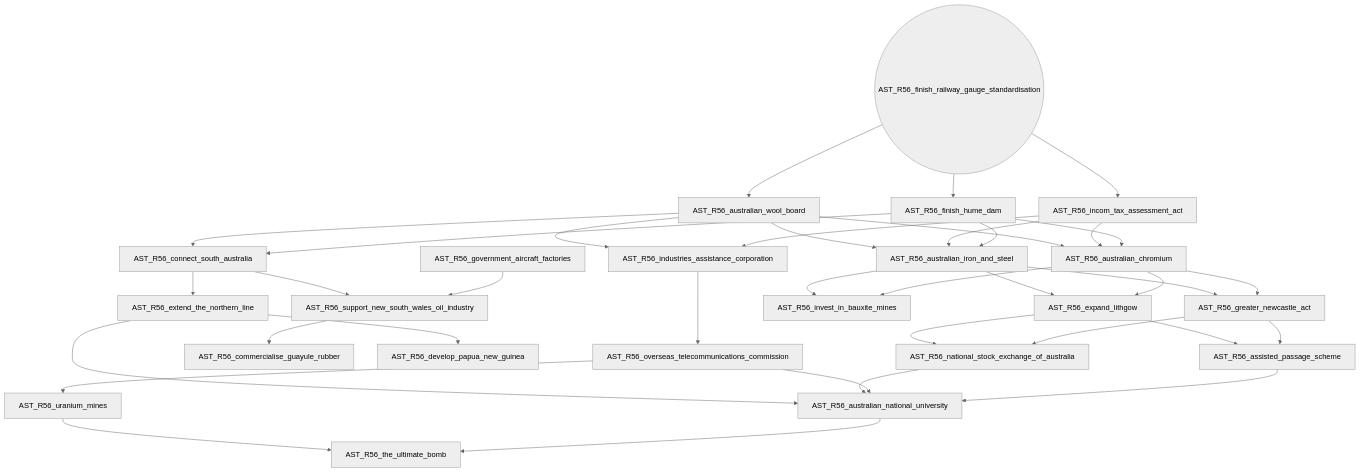
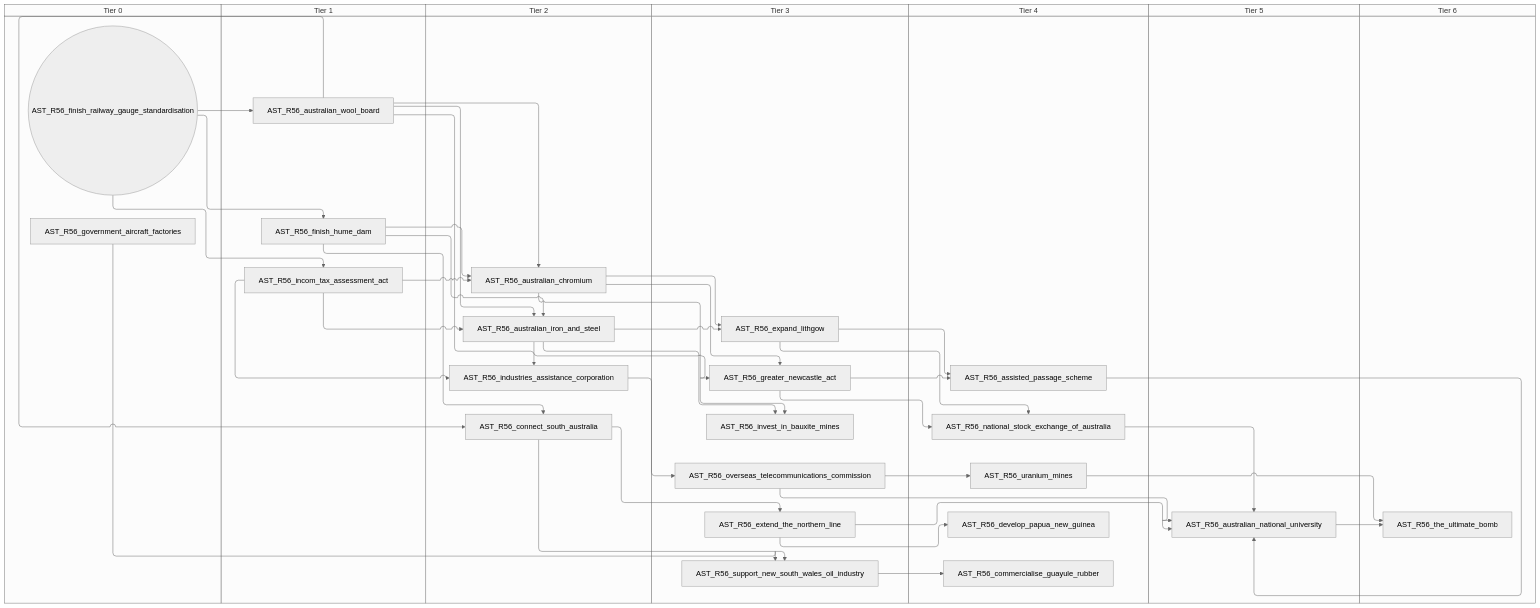
Before and after one commit to evgeny-sobol/hoi4-sandbox-mode-r56: the sixth of 12 diagrams in docs/gdd/National Focuses/australia.md, drawn with Mermaid (neutral theme). The commit also changed other lines of this file and 423 other files, not shown here.

First line of the commit message:
Re-export Rt56 focus trees as swimlane diagrams

````diff
--- a/docs/gdd/National Focuses/australia.md
+++ b/docs/gdd/National Focuses/australia.md
@@ -320,61 +386,75 @@
 ```mermaid
-flowchart TD
-    n109["AST_R56_assisted_passage_scheme"]
-    n110["AST_R56_australian_chromium"]
-    n111["AST_R56_australian_iron_and_steel"]
-    n112["AST_R56_australian_national_university"]
-    n113["AST_R56_australian_wool_board"]
-    n84["AST_R56_commercialise_guayule_rubber"]
-    n86["AST_R56_connect_south_australia"]
-    n114["AST_R56_develop_papua_new_guinea"]
-    n115["AST_R56_expand_lithgow"]
-    n116["AST_R56_extend_the_northern_line"]
-    n117["AST_R56_finish_hume_dam"]
-    n118(("AST_R56_finish_railway_gauge_standardisation"))
-    n87["AST_R56_government_aircraft_factories"]
-    n119["AST_R56_greater_newcastle_act"]
-    n120["AST_R56_incom_tax_assessment_act"]
-    n121["AST_R56_industries_assistance_corporation"]
-    n122["AST_R56_invest_in_bauxite_mines"]
-    n123["AST_R56_national_stock_exchange_of_australia"]
-    n124["AST_R56_overseas_telecommunications_commission"]
-    n93["AST_R56_support_new_south_wales_oil_industry"]
-    n125["AST_R56_the_ultimate_bomb"]
-    n126["AST_R56_uranium_mines"]
-    n115 --> n109
-    n119 --> n109
-    n113 --> n110
-    n120 --> n110
-    n117 --> n110
-    n113 --> n111
-    n120 --> n111
-    n117 --> n111
-    n116 --> n112
-    n123 --> n112
-    n124 --> n112
+swimlane-beta TD
+    subgraph tier_0["Tier 0"]
+        n109(("AST_R56_finish_railway_gauge_standardisation"))
+        n85["AST_R56_government_aircraft_factories"]
+    end
+    subgraph tier_1["Tier 1"]
+        n110["AST_R56_australian_wool_board"]
+        n111["AST_R56_finish_hume_dam"]
+        n112["AST_R56_incom_tax_assessment_act"]
+    end
+    subgraph tier_2["Tier 2"]
+        n113["AST_R56_australian_chromium"]
+        n114["AST_R56_australian_iron_and_steel"]
+        n77["AST_R56_connect_south_australia"]
+        n115["AST_R56_industries_assistance_corporation"]
+    end
+    subgraph tier_3["Tier 3"]
+        n116["AST_R56_expand_lithgow"]
+        n117["AST_R56_extend_the_northern_line"]
+        n118["AST_R56_greater_newcastle_act"]
+        n119["AST_R56_invest_in_bauxite_mines"]
+        n120["AST_R56_overseas_telecommunications_commission"]
+        n91["AST_R56_support_new_south_wales_oil_industry"]
+    end
+    subgraph tier_4["Tier 4"]
+        n121["AST_R56_assisted_passage_scheme"]
+        n95["AST_R56_commercialise_guayule_rubber"]
+        n122["AST_R56_develop_papua_new_guinea"]
+        n123["AST_R56_national_stock_exchange_of_australia"]
+        n124["AST_R56_uranium_mines"]
+    end
+    subgraph tier_5["Tier 5"]
+        n125["AST_R56_australian_national_university"]
+    end
+    subgraph tier_6["Tier 6"]
+        n126["AST_R56_the_ultimate_bomb"]
+    end
+    n116 --> n121
+    n118 --> n121
+    n110 --> n113
+    n112 --> n113
+    n111 --> n113
+    n110 --> n114
+    n112 --> n114
+    n111 --> n114
+    n117 --> n125
+    n123 --> n125
+    n120 --> n125
+    n121 --> n125
+    n109 --> n110
+    n91 --> n95
+    n110 --> n77
+    n111 --> n77
+    n117 --> n122
+    n114 --> n116
+    n113 --> n116
+    n77 --> n117
+    n109 --> n111
+    n114 --> n118
+    n113 --> n118
     n109 --> n112
-    n118 --> n113
-    n93 --> n84
-    n113 --> n86
-    n117 --> n86
-    n116 --> n114
-    n111 --> n115
     n110 --> n115
-    n86 --> n116
-    n118 --> n117
-    n111 --> n119
-    n110 --> n119
-    n118 --> n120
-    n113 --> n121
-    n120 --> n121
-    n111 --> n122
-    n110 --> n122
-    n115 --> n123
-    n119 --> n123
-    n121 --> n124
-    n86 --> n93
-    n87 --> n93
-    n126 --> n125
-    n112 --> n125
+    n112 --> n115
+    n114 --> n119
+    n113 --> n119
+    n116 --> n123
+    n118 --> n123
+    n115 --> n120
+    n77 --> n91
+    n85 --> n91
     n124 --> n126
+    n125 --> n126
+    n120 --> n124
 ```
````
